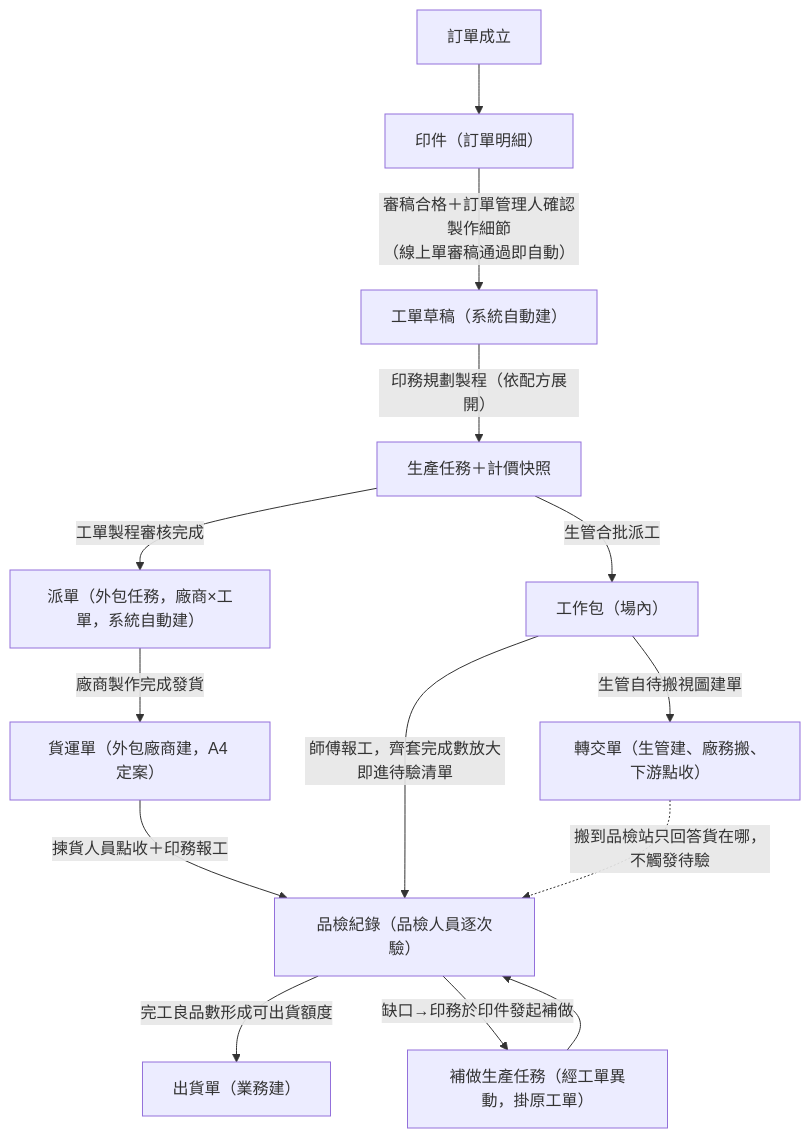
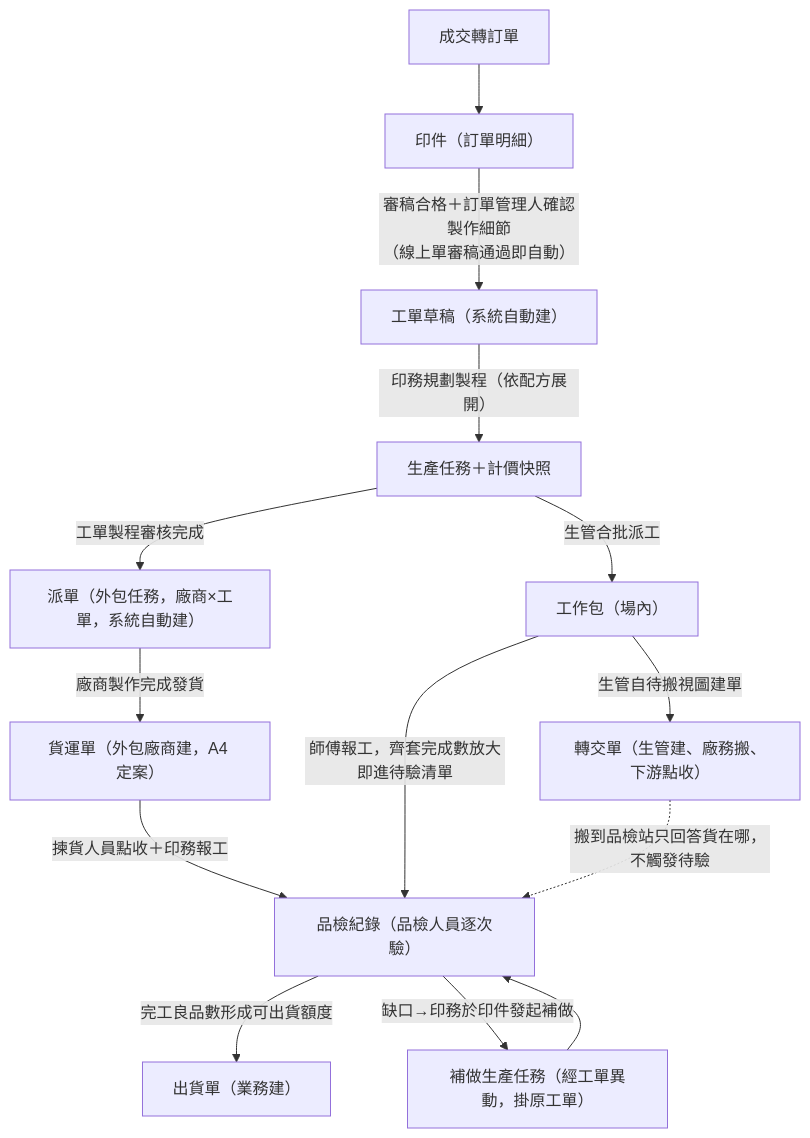
Before and after one commit to Kawato-Miles/erp-spec: the second of 4 diagrams in memory/Sens_wiki/wiki/erp/05-entities/生產領域資料結構總覽.md, drawn with Mermaid. The commit also changed other lines of this file and 84 other files, not shown here.

````diff
--- a/memory/Sens_wiki/wiki/erp/05-entities/生產領域資料結構總覽.md
+++ b/memory/Sens_wiki/wiki/erp/05-entities/生產領域資料結構總覽.md
@@ -57,16 +61,16 @@
 ```mermaid
 flowchart TD
-    A["訂單成立"] --> B["印件（訂單明細）"]
+    A["成交轉訂單"] --> B["印件（訂單明細）"]
     B -->|"審稿合格＋訂單管理人確認製作細節<br>（線上單審稿通過即自動）"| C["工單草稿（系統自動建）"]
     C -->|"印務規劃製程（依配方展開）"| D["生產任務＋計價快照"]
     D -->|"工單製程審核完成"| E["派單（外包任務，廠商×工單，系統自動建）"]
     D -->|"生管合批派工"| F["工作包（場內）"]
     E -->|"廠商製作完成發貨"| G["貨運單（外包廠商建，A4 定案）"]
     F -->|"生管自待搬視圖建單"| H["轉交單（生管建、廠務搬、下游點收）"]
     G -->|"揀貨人員點收＋印務報工"| I["品檢紀錄（品檢人員逐次驗）"]
     F -->|"師傅報工，齊套完成數放大即進待驗清單"| I
     H -.->|"搬到品檢站只回答貨在哪，不觸發待驗"| I
     I -->|"完工良品數形成可出貨額度"| J["出貨單（業務建）"]
     I -->|"缺口→印務於印件發起補做"| K["補做生產任務（經工單異動，掛原工單）"]
     K --> I
 ```
````
